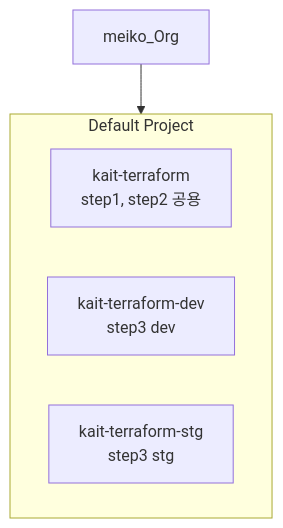
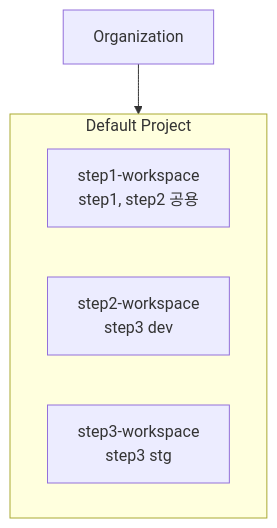
One commit to BASTION-Community/terraform-kait-workshop changed the fifth of 5 diagrams in README.md. Above: the diagram before and after it, drawn with Mermaid. The commit also changed other lines of this file and 3 other files, not shown here.

````diff
--- a/README.md
+++ b/README.md
@@ -172,12 +172,12 @@
 ```mermaid
 graph TD
-    ORG["meiko_Org"]
+    ORG["Organization"]
 
     subgraph DEFAULT["Default Project"]
-        WS1["kait-terraform<br>step1, step2 공용"]
-        WS2["kait-terraform-dev<br>step3 dev"]
-        WS3["kait-terraform-stg<br>step3 stg"]
+        WS1["step1-workspace<br>step1, step2 공용"]
+        WS2["step2-workspace<br>step3 dev"]
+        WS3["step3-workspace<br>step3 stg"]
     end
 
     ORG --> DEFAULT
 ```
````
